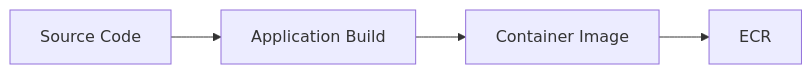
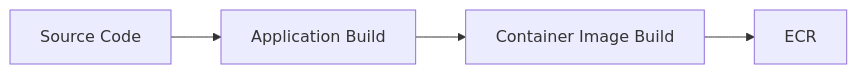
One commit to jw3418/jw3418.github.io changed the second of 7 diagrams in _posts/2026-08-16-jenkins-eks-deployment-flow.md. Above: the diagram before and after it, drawn with Mermaid. The commit also changed other lines of this file, not shown here.

````diff
--- a/_posts/2026-08-16-jenkins-eks-deployment-flow.md
+++ b/_posts/2026-08-16-jenkins-eks-deployment-flow.md
@@ -136,6 +83,6 @@
 ```mermaid
 flowchart LR
     S["Source Code"] --> B["Application Build"]
-    B --> I["Container Image"]
+    B --> I["Container Image Build"]
     I --> E["ECR"]
 ```
````
